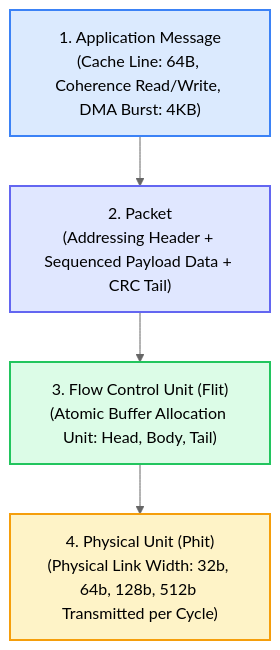
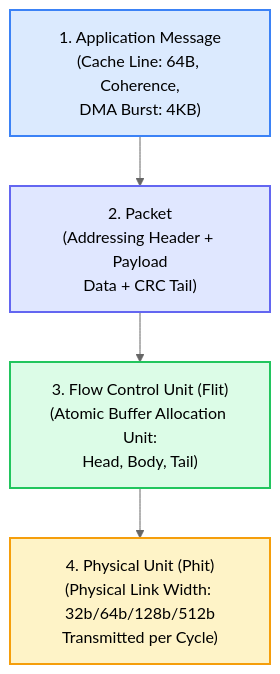
The first of 2 diagrams in docs/textbook/ch02-switching-flow-control/index.md (network-on-chip/learning), drawn with Mermaid (neutral theme) before and after one commit. The commit also changed other lines of this file and 15 other files, not shown here.

Commit message:
docs: clean repository paths and wrap Mermaid flowchart node labels

````diff
--- a/docs/textbook/ch02-switching-flow-control/index.md
+++ b/docs/textbook/ch02-switching-flow-control/index.md
@@ -14,11 +14,11 @@
 ```mermaid
 graph TD
-  Msg["1. Application Message<br/>(Cache Line: 64B, Coherence Read/Write, DMA Burst: 4KB)"] --> Pkt["2. Packet<br/>(Addressing Header + Sequenced Payload Data + CRC Tail)"]
-  Pkt --> Flit["3. Flow Control Unit (Flit)<br/>(Atomic Buffer Allocation Unit: Head, Body, Tail)"]
-  Flit --> Phit["4. Physical Unit (Phit)<br/>(Physical Link Width: 32b, 64b, 128b, 512b Transmitted per Cycle)"]
+  Msg["1. Application Message<br/>(Cache Line: 64B, Coherence,<br/>DMA Burst: 4KB)"] --> Pkt["2. Packet<br/>(Addressing Header + Payload<br/>Data + CRC Tail)"]
+  Pkt --> Flit["3. Flow Control Unit (Flit)<br/>(Atomic Buffer Allocation Unit:<br/>Head, Body, Tail)"]
+  Flit --> Phit["4. Physical Unit (Phit)<br/>(Physical Link Width: 32b/64b/128b/512b<br/>Transmitted per Cycle)"]
 
   style Msg fill:#dbeafe,stroke:#3b82f6,stroke-width:2px;
   style Pkt fill:#e0e7ff,stroke:#6366f1,stroke-width:2px;
   style Flit fill:#dcfce7,stroke:#22c55e,stroke-width:2px;
   style Phit fill:#fef3c7,stroke:#f59e0b,stroke-width:2px;
 ```
````
